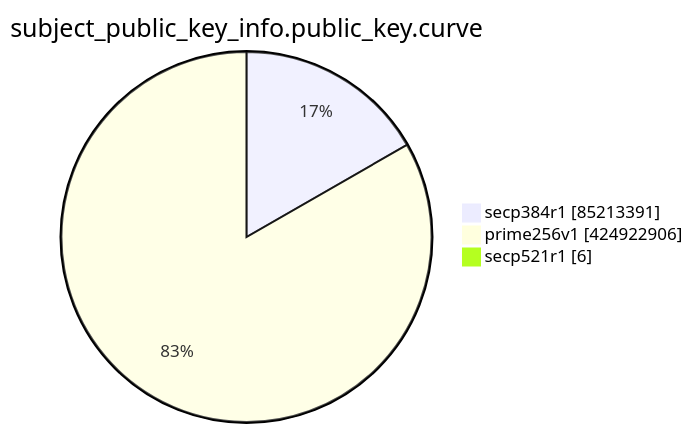
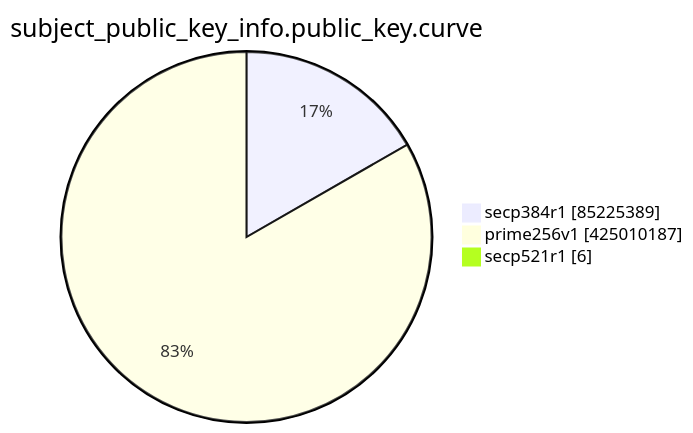
The eighth of 15 diagrams in TOTAL/README.md (christiankrug/ctmonitor_visualization), drawn with Mermaid before and after one commit. The commit also changed other lines of this file, not shown here.

````diff
--- a/TOTAL/README.md
+++ b/TOTAL/README.md
@@ -3100,7 +3100,7 @@
 ```mermaid
 pie showData
 title subject_public_key_info.public_key.curve
-"secp384r1" :85213391
-"prime256v1" :424922906
+"secp384r1" :85225389
+"prime256v1" :425010187
 "secp521r1" :6
 ```
````
